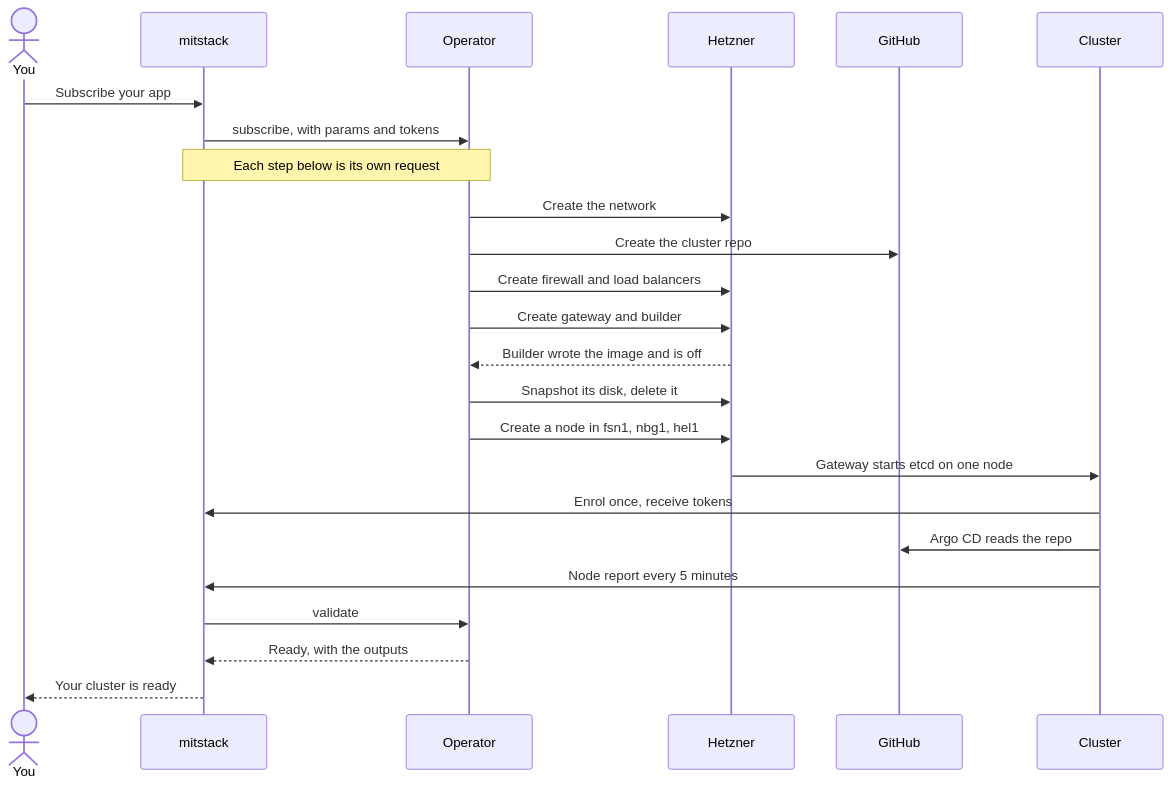
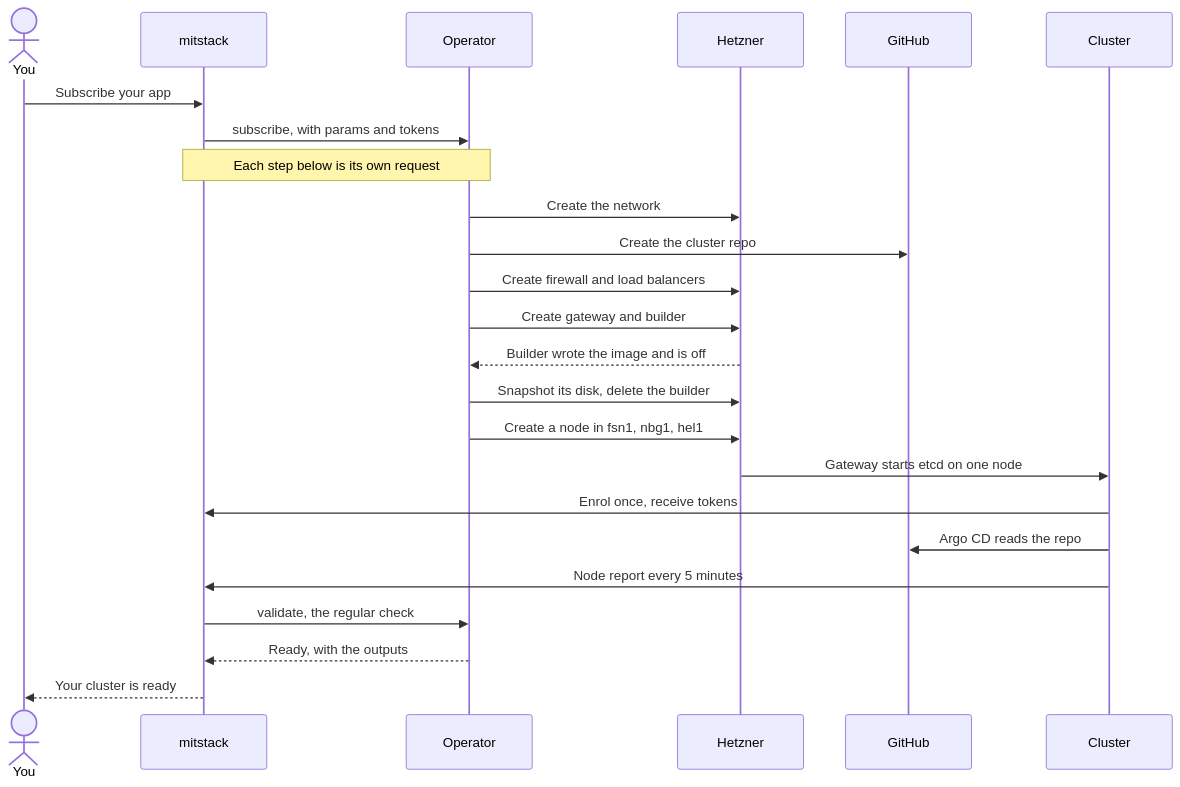
One commit to mitstack-eu/hcloud-talos-cluster changed the second of 2 diagrams in README.md. Above: the diagram before and after it, drawn with Mermaid. The commit also changed other lines of this file, not shown here.

Commit message:
MIT-5267: the README defines Talos, Argo CD and the sequence diagram's terms before using them

````diff
--- a/README.md
+++ b/README.md
@@ -55,26 +60,26 @@
 ```mermaid
 sequenceDiagram
     actor You
     participant M as mitstack
     participant O as Operator
     participant H as Hetzner
     participant G as GitHub
     participant C as Cluster
     You->>M: Subscribe your app
     M->>O: subscribe, with params and tokens
     Note over M,O: Each step below is its own request
     O->>H: Create the network
     O->>G: Create the cluster repo
     O->>H: Create firewall and load balancers
     O->>H: Create gateway and builder
     H-->>O: Builder wrote the image and is off
-    O->>H: Snapshot its disk, delete it
+    O->>H: Snapshot its disk, delete the builder
     O->>H: Create a node in fsn1, nbg1, hel1
     H->>C: Gateway starts etcd on one node
     C->>M: Enrol once, receive tokens
     C->>G: Argo CD reads the repo
     C->>M: Node report every 5 minutes
-    M->>O: validate
+    M->>O: validate, the regular check
     O-->>M: Ready, with the outputs
     M-->>You: Your cluster is ready
 ```
````
